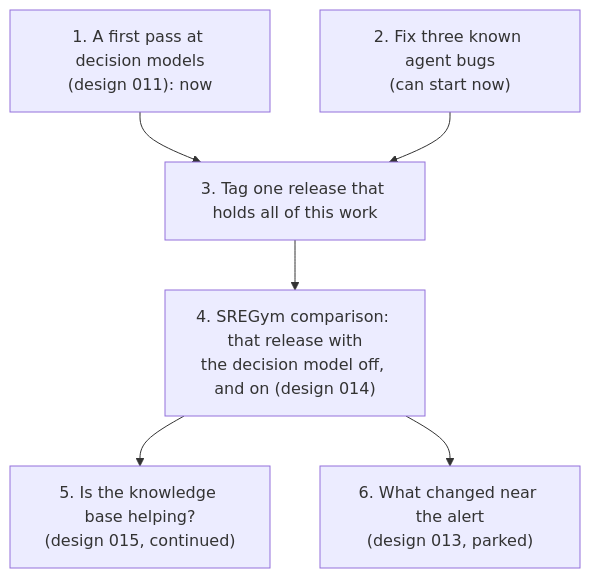
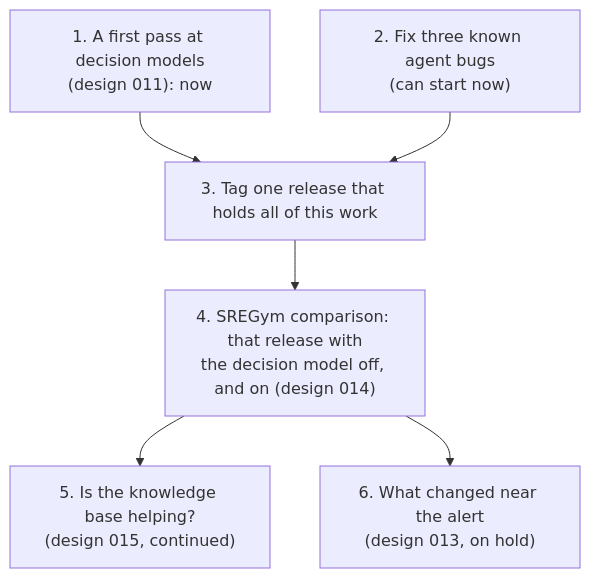
Before and after one commit to BenedatLLC/k8srca: the diagram in docs/todo.md, drawn with Mermaid. The commit also changed other lines of this file and 29 other files, not shown here.

````diff
--- a/docs/todo.md
+++ b/docs/todo.md
@@ -53,14 +53,14 @@
 ```mermaid
 flowchart TD
   J["1. A first pass at decision models<br/>(design 011): now"]
   F["2. Fix three known agent bugs<br/>(can start now)"]
   T["3. Tag one release that holds all of this work"]
   S["4. SREGym comparison: that release with<br/>the decision model off, and on (design 014)"]
   K["5. Is the knowledge base helping?<br/>(design 015, continued)"]
-  W["6. What changed near the alert<br/>(design 013, parked)"]
+  W["6. What changed near the alert<br/>(design 013, on hold)"]
   J --> T
   F --> T
   T --> S
   S --> K
   S --> W
 ```
````
